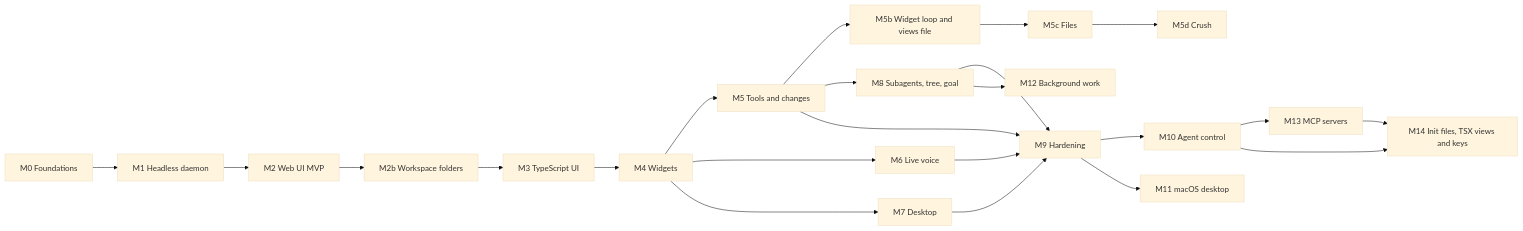
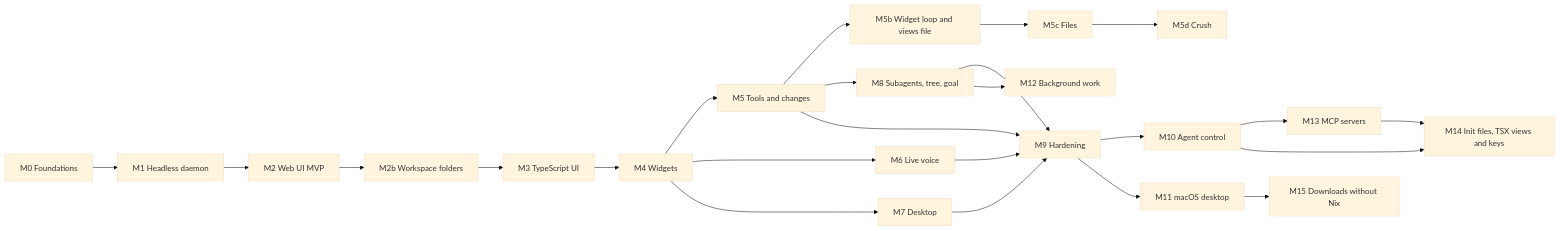
Before and after one commit to TonioGela/omfp: the diagram in docs/specs/07-roadmap.md, drawn with Mermaid (base theme). The commit also changed other lines of this file and 21 other files, not shown here.

````diff
--- a/docs/specs/07-roadmap.md
+++ b/docs/specs/07-roadmap.md
@@ -7,14 +7,15 @@
 ```mermaid
 flowchart LR
   M0[M0 Foundations] --> M1[M1 Headless daemon] --> M2[M2 Web UI MVP] --> M2b[M2b Workspace folders]
   M2b --> M3[M3 TypeScript UI] --> M4[M4 Widgets]
   M4 --> M5[M5 Tools and changes] --> M5b[M5b Widget loop and views file] --> M5c[M5c Files] --> M5d[M5d Crush]
   M4 --> M6[M6 Live voice]
   M4 --> M7[M7 Desktop]
   M5 --> M8[M8 Subagents, tree, goal]
   M5 & M6 & M7 & M8 --> M9[M9 Hardening] --> M10[M10 Agent control]
   M9 --> M11[M11 macOS desktop]
   M8 --> M12[M12 Background work]
   M10 --> M13[M13 MCP servers]
   M10 & M13 --> M14[M14 Init files, TSX views and keys]
+  M11 --> M15[M15 Downloads without Nix]
 ```
````
